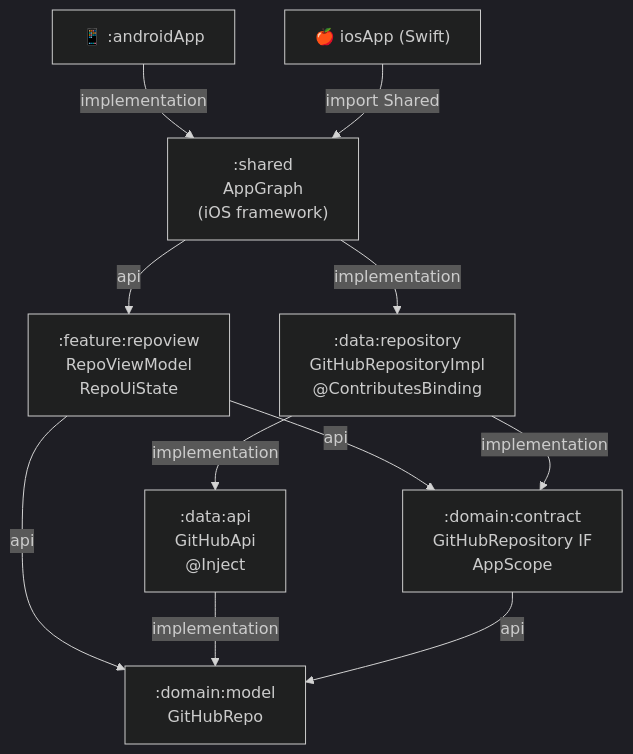
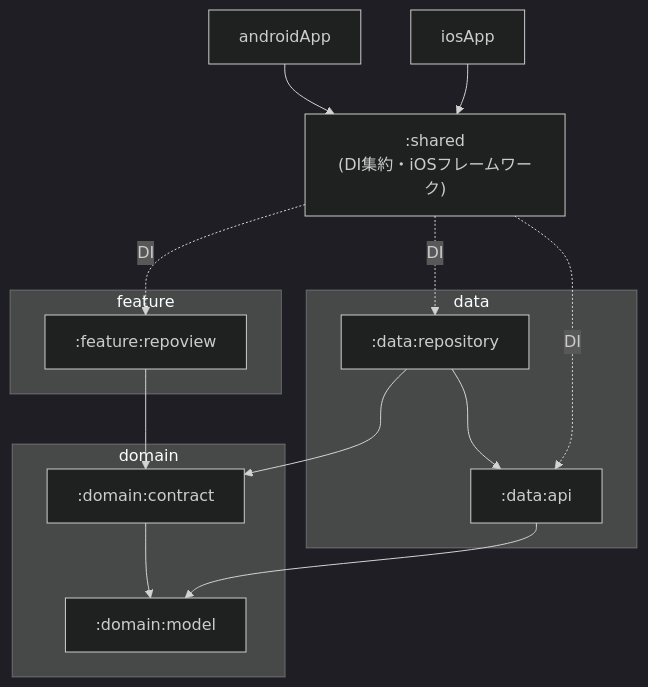
One commit to quesera2/GithubRepoBrowser2 changed the diagram in README.md. Above: the diagram before and after it, drawn with Mermaid (dark theme).

Commit message:
アーキテクチャ図を修正

````diff
--- a/README.md
+++ b/README.md
@@ -44,26 +44,32 @@
 ```mermaid
 graph TD
-    androidApp["📱 :androidApp"]
-    iosApp["🍎 iosApp (Swift)"]
-    shared[":shared\nAppGraph\n(iOS framework)"]
-    featureRepoview[":feature:repoview\nRepoViewModel\nRepoUiState"]
-    domainContract[":domain:contract\nGitHubRepository IF\nAppScope"]
-    domainModel[":domain:model\nGitHubRepo"]
-    dataRepository[":data:repository\nGitHubRepositoryImpl\n@ContributesBinding"]
-    dataApi[":data:api\nGitHubApi\n@Inject"]
+    androidApp["androidApp"]
+    iosApp["iosApp"]
+    shared[":shared\n(DI集約・iOSフレームワーク)"]
 
-    androidApp -->|implementation| shared
-    iosApp -->|import Shared| shared
+    subgraph feature["feature"]
+        repoview[":feature:repoview"]
+    end
 
-    shared -->|api| featureRepoview
-    shared -->|implementation| dataRepository
+    subgraph domain["domain"]
+        contract[":domain:contract"]
+        model[":domain:model"]
+    end
 
-    featureRepoview -->|api| domainContract
-    featureRepoview -->|api| domainModel
+    subgraph data["data"]
+        repository[":data:repository"]
+        api[":data:api"]
+    end
 
-    dataRepository -->|implementation| domainContract
-    dataRepository -->|implementation| dataApi
+    androidApp --> shared
+    iosApp --> shared
+    shared -. DI .-> repoview
+    shared -. DI .-> repository
+    shared -. DI .-> api
 
-    dataApi -->|implementation| domainModel
-    domainContract -->|api| domainModel
+    repoview --> contract
+    repository --> contract
+    contract --> model
+    repository --> api
+    api --> model
 ```
````
